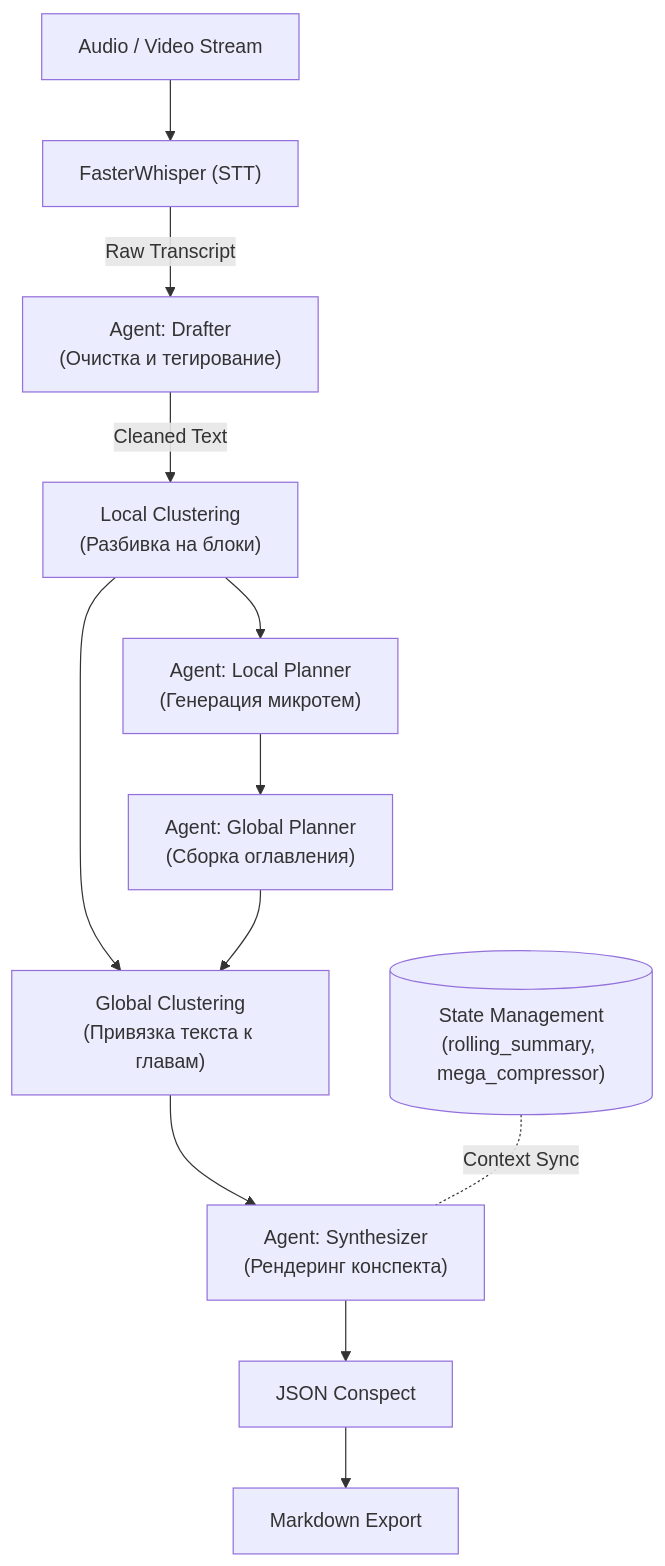
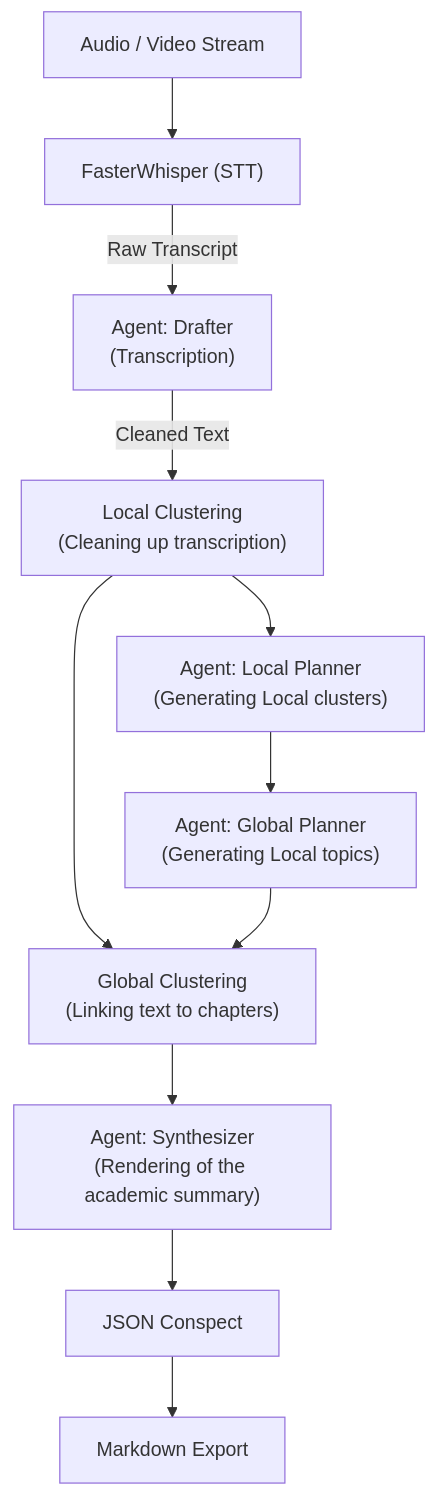
One commit to m4deme1ns4ne/LongConspectWriter changed the diagram in README.md. Above: the diagram before and after it, drawn with Mermaid.

````diff
--- a/README.md
+++ b/README.md
@@ -16,22 +16,20 @@
 ```mermaid
 flowchart TD
     Audio["Audio / Video Stream"] --> STT["FasterWhisper (STT)"]
     
-    STT --> |"Raw Transcript"| Drafter["Agent: Drafter<br/>(Очистка и тегирование)"]
+    STT --> |"Raw Transcript"| Drafter["Agent: Drafter<br/>(Transcription)"]
     
-    Drafter --> |"Cleaned Text"| LCluster["Local Clustering<br/>(Разбивка на блоки)"]
+    Drafter --> |"Cleaned Text"| LCluster["Local Clustering<br/>(Cleaning up transcription)"]
     
-    LCluster --> LPlanner["Agent: Local Planner<br/>(Генерация микротем)"]
+    LCluster --> LPlanner["Agent: Local Planner<br/>(Generating Local clusters)"]
     
-    LPlanner --> GPlanner["Agent: Global Planner<br/>(Сборка оглавления)"]
+    LPlanner --> GPlanner["Agent: Global Planner<br/>(Generating Local topics)"]
     
-    LCluster & GPlanner --> GCluster["Global Clustering<br/>(Привязка текста к главам)"]
+    LCluster & GPlanner --> GCluster["Global Clustering<br/>(Linking text to chapters)"]
     
-    GCluster --> Synthesizer["Agent: Synthesizer<br/>(Рендеринг конспекта)"]
-    
-    %% Состояние контекста сбоку, чтобы не ломать прямую линию
-    State[("State Management<br/>(rolling_summary, mega_compressor)")] <-.-|Context Sync| Synthesizer
+    GCluster --> Synthesizer["Agent: Synthesizer<br/>(Rendering of the academic summary)"]
     
     Synthesizer --> JSON["JSON Conspect"]
+
     JSON --> MD["Markdown Export"]
 ```
````
